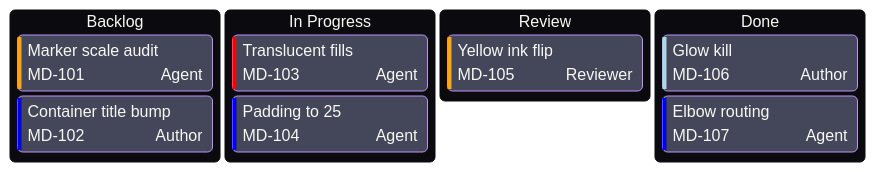
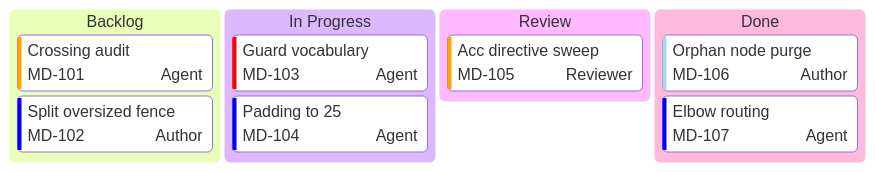
Diagram 17 of 25 in .claude/skills/mermaid-diagramming/references/syntax-extended.md (bsamiee/Rasm), drawn with Mermaid before and after one commit. The commit also changed other lines of this file and 28 other files, not shown here.

Commit message:
skills(docgen+mermaid): payload-only diagram law — docgen gate/fixer strips fence styling; mermaid bundle sheds the styling canon, theming survives as one opt-in reference

````diff
--- a/.claude/skills/mermaid-diagramming/references/syntax-extended.md
+++ b/.claude/skills/mermaid-diagramming/references/syntax-extended.md
@@ -928,47 +523,20 @@
 ```mermaid
 ---
 config:
-  theme: base
-  look: classic
   kanban:
     sectionWidth: 210
     ticketBaseUrl: '<ticket-url>#TICKET#'
-  themeVariables:
-    darkMode: true
-    fontFamily: "SF Mono, Menlo, Cascadia Mono, Segoe UI Mono, Consolas, monospace"
-    useGradient: false
-    dropShadow: "none"
-    textColor: "#F8F8F2"
-    background: "#44475A"
-    nodeBorder: "#BD93F9"
-    cScale0: "#21222C"
-    cScale1: "#21222C"
-    cScale2: "#21222C"
-    cScale3: "#21222C"
-    cScale4: "#21222C"
-    cScale5: "#21222C"
-    cScale6: "#21222C"
-    cScale7: "#21222C"
-    cScaleLabel0: "#D6BCFA"
-    cScaleLabel1: "#D6BCFA"
-    cScaleLabel2: "#D6BCFA"
-    cScaleLabel3: "#D6BCFA"
-    cScaleLabel4: "#D6BCFA"
-    cScaleLabel5: "#D6BCFA"
-    cScaleLabel6: "#D6BCFA"
-    cScaleLabel7: "#D6BCFA"
-  themeCSS: ".nodeLabel{font-size:13px;font-weight:500}.cluster-label .nodeLabel{font-size:13.5px;font-weight:700;color:#D6BCFA}.node rect{stroke-width:1.5px;filter:none!important}line[stroke='red']{stroke:#FF5555;stroke-width:3px}line[stroke='orange']{stroke:#FFB86C;stroke-width:3px}line[stroke='blue']{stroke:#6272A4;stroke-width:3px}line[stroke='lightblue']{stroke:#44475A;stroke-width:3px}"
 ---
 kanban
   todo[Backlog]
-    t1[Marker scale audit]@{ ticket: MD-101, assigned: 'Agent', priority: 'High' }
-    t2[Container title bump]@{ ticket: MD-102, assigned: 'Author', priority: 'Low' }
+    t1[Crossing audit]@{ ticket: MD-101, assigned: 'Agent', priority: 'High' }
+    t2[Split oversized fence]@{ ticket: MD-102, assigned: 'Author', priority: 'Low' }
   wip[In Progress]
-    t3[Translucent fills]@{ ticket: MD-103, assigned: 'Agent', priority: 'Very High' }
+    t3[Guard vocabulary]@{ ticket: MD-103, assigned: 'Agent', priority: 'Very High' }
     t4[Padding to 25]@{ ticket: MD-104, assigned: 'Agent', priority: 'Low' }
   review[Review]
-    t5[Yellow ink flip]@{ ticket: MD-105, assigned: 'Reviewer', priority: 'High' }
+    t5[Acc directive sweep]@{ ticket: MD-105, assigned: 'Reviewer', priority: 'High' }
   done[Done]
-    t6[Glow kill]@{ ticket: MD-106, assigned: 'Author', priority: 'Very Low' }
+    t6[Orphan node purge]@{ ticket: MD-106, assigned: 'Author', priority: 'Very Low' }
     t7[Elbow routing]@{ ticket: MD-107, assigned: 'Agent', priority: 'Low' }
 ```
````
